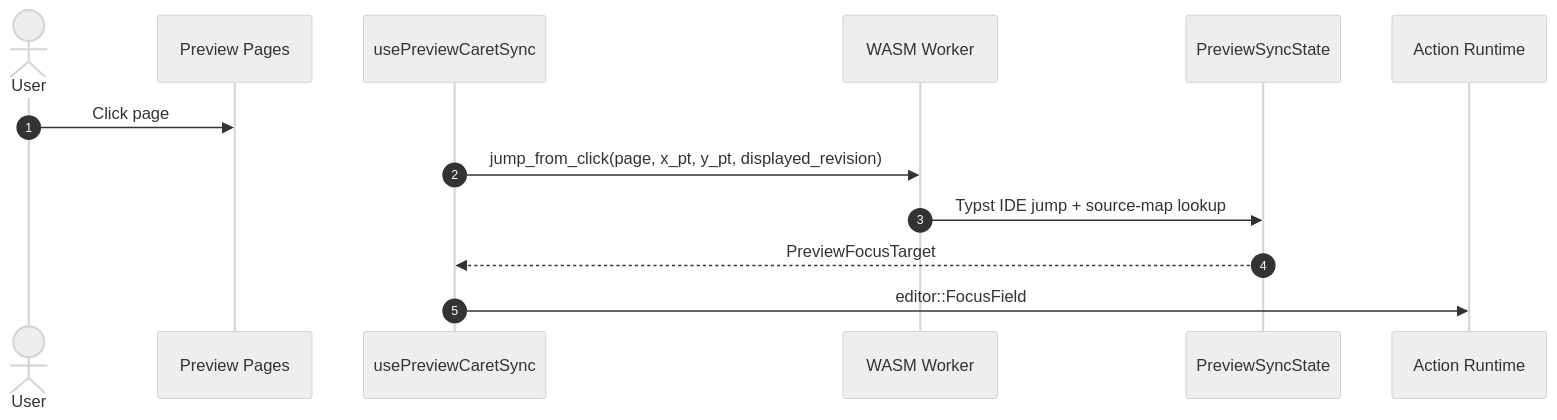
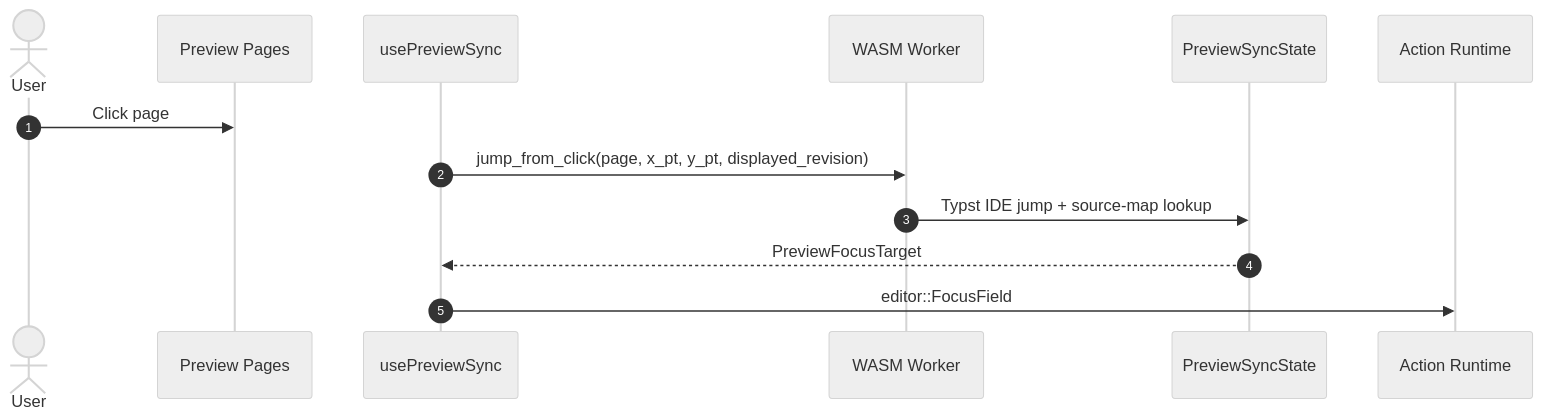
Before and after one commit to andmoreduro/ergo: the ninth of 10 diagrams in context/sequence-diagrams.md, drawn with Mermaid (neutral theme). The commit also changed other lines of this file and 27 other files, not shown here.

First line of the commit message:
Simplify preview sync and remove dead caret/positions paths.

````diff
--- a/context/sequence-diagrams.md
+++ b/context/sequence-diagrams.md
@@ -197,17 +197,17 @@
 ```mermaid
 sequenceDiagram
     autonumber
 
     actor User
     participant Preview as Preview Pages
-    participant Hook as usePreviewCaretSync
+    participant Hook as usePreviewSync
     participant Worker as WASM Worker
     participant Sync as PreviewSyncState
     participant Runtime as Action Runtime
 
     User->>Preview: Click page
     Hook->>Worker: jump_from_click(page, x_pt, y_pt, displayed_revision)
     Worker->>Sync: Typst IDE jump + source-map lookup
     Sync-->>Hook: PreviewFocusTarget
     Hook->>Runtime: editor::FocusField
 ```
````
